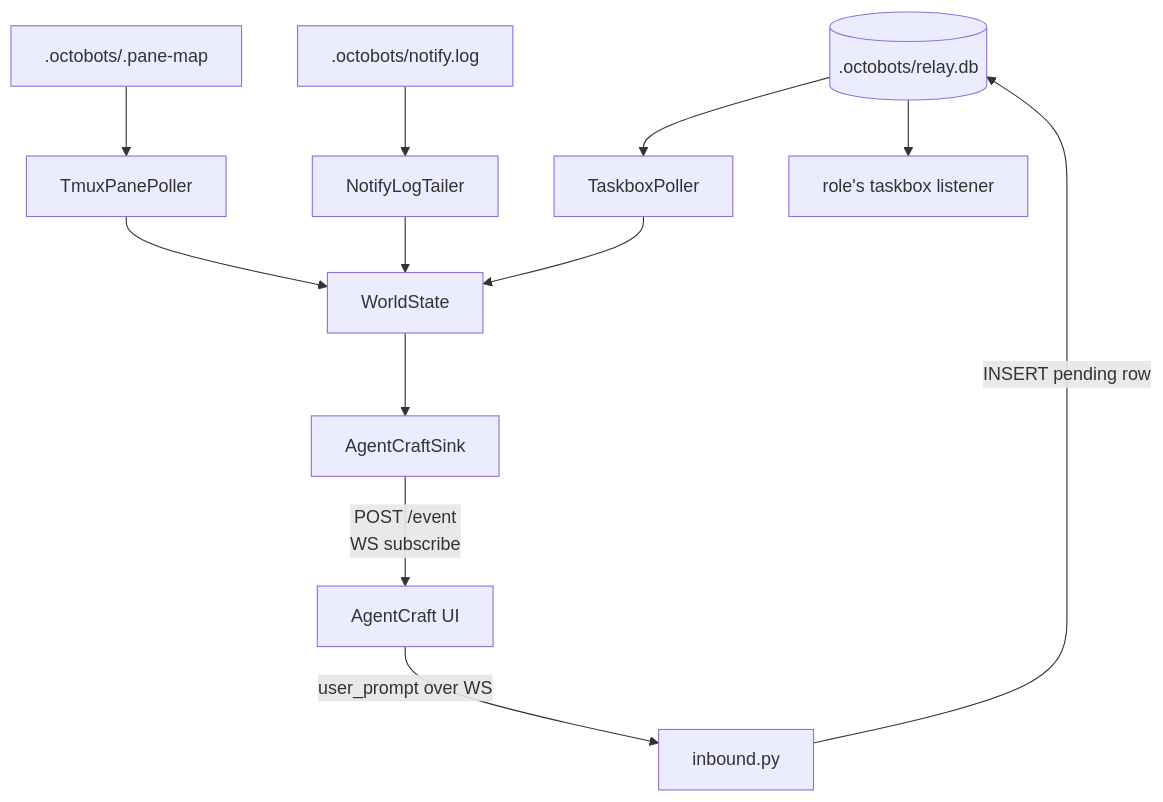
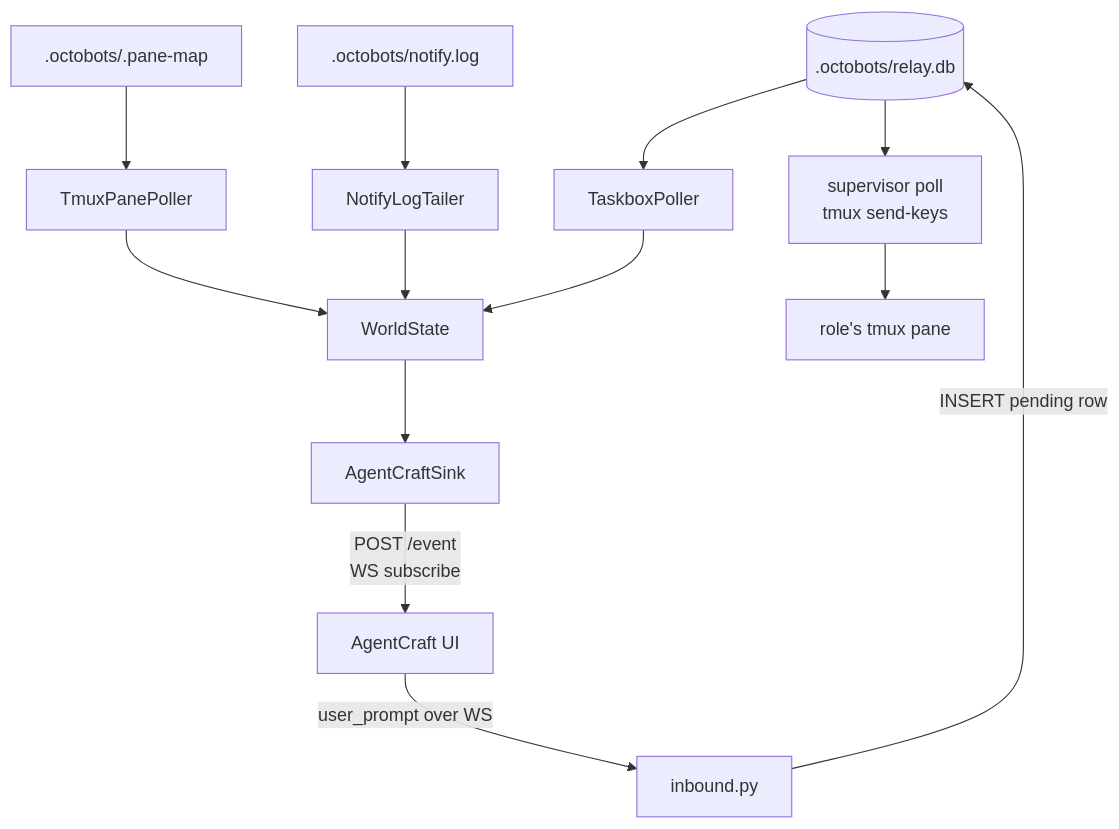
The diagram in docs/agentcraft-bridge.md (thakurnaval/octobots), drawn with Mermaid before and after one commit. The commit also changed other lines of this file and 3 other files, not shown here.

First line of the commit message:
chore(monitor): remove vestigial taskbox-listener subagent + fix bridge wording

````diff
--- a/docs/agentcraft-bridge.md
+++ b/docs/agentcraft-bridge.md
@@ -137,20 +138,21 @@
 ```mermaid
 flowchart TD
     db[(.octobots/relay.db)]
     pane[.octobots/.pane-map]
     log[.octobots/notify.log]
 
     db --> taskbox[TaskboxPoller]
     pane --> tmux[TmuxPanePoller]
     log --> notify[NotifyLogTailer]
 
     taskbox --> world[WorldState]
     tmux --> world
     notify --> world
 
     world --> sink[AgentCraftSink]
     sink -->|POST /event<br/>WS subscribe| ac[AgentCraft UI]
     ac -->|user_prompt over WS| inbound[inbound.py]
     inbound -->|INSERT pending row| db
-    db --> listener[role's taskbox listener]
+    db --> dispatch[supervisor poll<br/>tmux send-keys]
+    dispatch --> rolepane[role's tmux pane]
 ```
````
